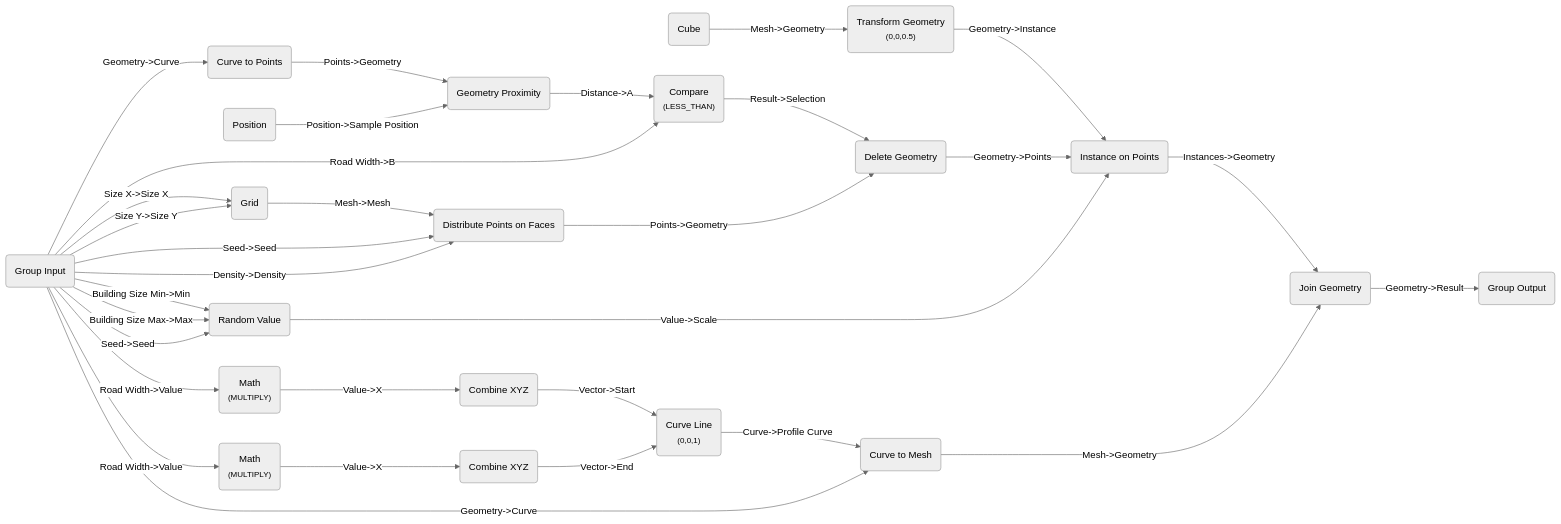
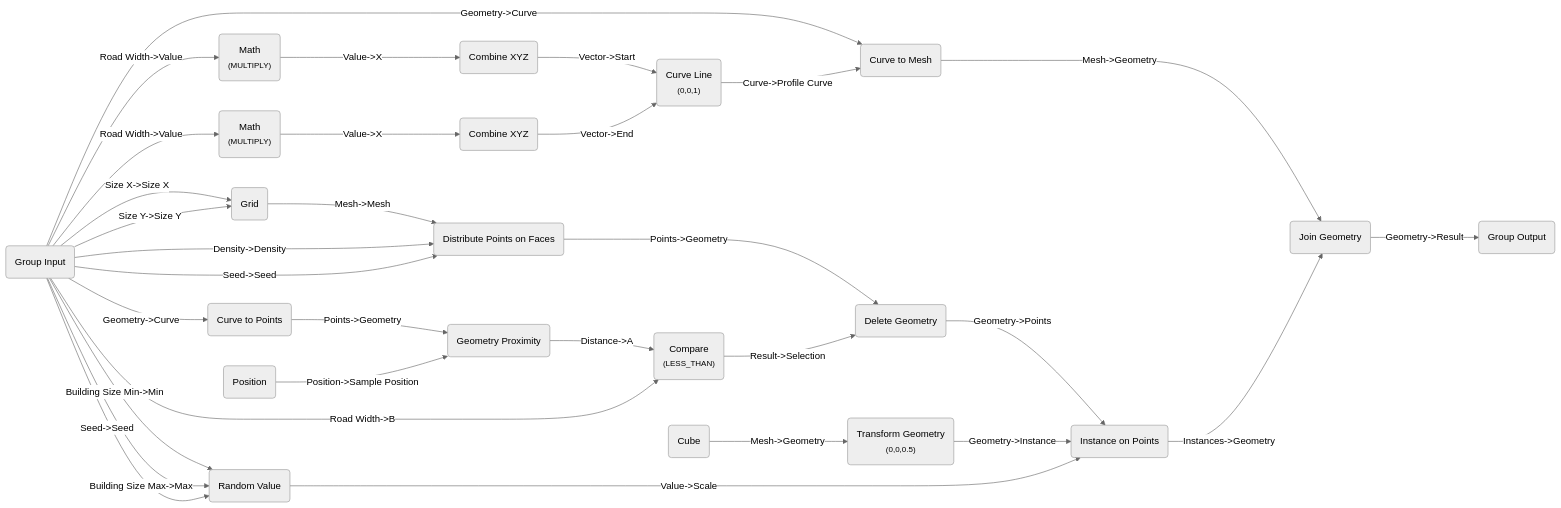
One commit to BradyAJohnston/nodebpy changed the fifth of 5 diagrams in comparisons.llms.md. Above: the diagram before and after it, drawn with Mermaid (neutral theme). The commit also changed other lines of this file and 104 other files, not shown here.

````diff
--- a/comparisons.llms.md
+++ b/comparisons.llms.md
@@ -342,53 +347,53 @@
 ``` mermaid
 graph LR
     N0("Group Input"):::default-node
     N1("Math<br/><small>(MULTIPLY)</small>"):::converter-node
     N2("Math<br/><small>(MULTIPLY)</small>"):::converter-node
     N3("Curve to Points"):::geometry-node
     N4("Position"):::input-node
     N5("Grid"):::geometry-node
     N6("Random Value"):::converter-node
     N7("Combine XYZ"):::converter-node
     N8("Combine XYZ"):::converter-node
     N9("Geometry Proximity"):::geometry-node
     N10("Distribute Points on Faces"):::geometry-node
     N11("Curve Line<br/><small>(0,0,1)</small>"):::geometry-node
     N12("Compare<br/><small>(LESS_THAN)</small>"):::converter-node
     N13("Cube"):::geometry-node
     N14("Curve to Mesh"):::geometry-node
     N15("Delete Geometry"):::geometry-node
     N16("Transform Geometry<br/><small>(0,0,0.5)</small>"):::geometry-node
     N17("Instance on Points"):::geometry-node
     N18("Join Geometry"):::geometry-node
     N19("Group Output"):::default-node
     N0 -->|"Road Width->Value"| N1
     N1 -->|"Value->X"| N7
     N0 -->|"Road Width->Value"| N2
     N2 -->|"Value->X"| N8
     N7 -->|"Vector->Start"| N11
     N8 -->|"Vector->End"| N11
+    N0 -->|"Geometry->Curve"| N14
     N11 -->|"Curve->Profile Curve"| N14
-    N0 -->|"Geometry->Curve"| N14
     N0 -->|"Size X->Size X"| N5
     N0 -->|"Size Y->Size Y"| N5
     N5 -->|"Mesh->Mesh"| N10
+    N0 -->|"Density->Density"| N10
+    N0 -->|"Seed->Seed"| N10
     N0 -->|"Geometry->Curve"| N3
     N3 -->|"Points->Geometry"| N9
     N4 -->|"Position->Sample Position"| N9
     N9 -->|"Distance->A"| N12
+    N0 -->|"Road Width->B"| N12
+    N10 -->|"Points->Geometry"| N15
     N12 -->|"Result->Selection"| N15
     N13 -->|"Mesh->Geometry"| N16
     N0 -->|"Building Size Min->Min"| N6
     N0 -->|"Building Size Max->Max"| N6
     N0 -->|"Seed->Seed"| N6
+    N15 -->|"Geometry->Points"| N17
     N16 -->|"Geometry->Instance"| N17
-    N15 -->|"Geometry->Points"| N17
+    N6 -->|"Value->Scale"| N17
+    N14 -->|"Mesh->Geometry"| N18
     N17 -->|"Instances->Geometry"| N18
     N18 -->|"Geometry->Result"| N19
-    N0 -->|"Seed->Seed"| N10
-    N0 -->|"Density->Density"| N10
-    N0 -->|"Road Width->B"| N12
-    N10 -->|"Points->Geometry"| N15
-    N6 -->|"Value->Scale"| N17
-    N14 -->|"Mesh->Geometry"| N18
 ```
````
